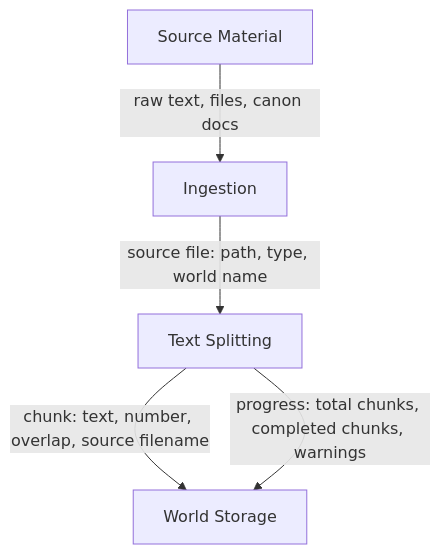
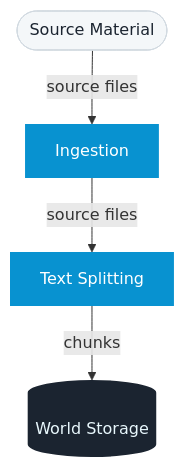
One commit to Vyce101/VySolReal changed the diagram in docs/documentation/03-architecture/README.md. Above: the diagram before and after it, drawn with Mermaid. The commit also changed 5 other files, not shown here.

````diff
--- a/docs/documentation/03-architecture/README.md
+++ b/docs/documentation/03-architecture/README.md
@@ -5,7 +5,15 @@
 ```mermaid
 flowchart TD
-    A["Source Material"] -->|"raw text, files, canon docs"| B["Ingestion"]
-    B -->|"source file: path, type, world name"| I["Text Splitting"]
-    I -->|"chunk: text, number, overlap, source filename"| J["World Storage"]
-    I -->|"progress: total chunks, completed chunks, warnings"| J
+    classDef process fill:#0892D0,color:#FFFFFF,stroke:none
+    classDef storage fill:#1B2430,color:#E8F7FC,stroke:none
+    classDef source fill:#F4F7F9,color:#1B2430,stroke:#D1D9E0
+
+    A([Source Material]):::source
+    B[Ingestion]:::process
+    C[Text Splitting]:::process
+    D[(World Storage)]:::storage
+
+    A -->|source files| B
+    B -->|source files| C
+    C -->|chunks| D
 ```
````
